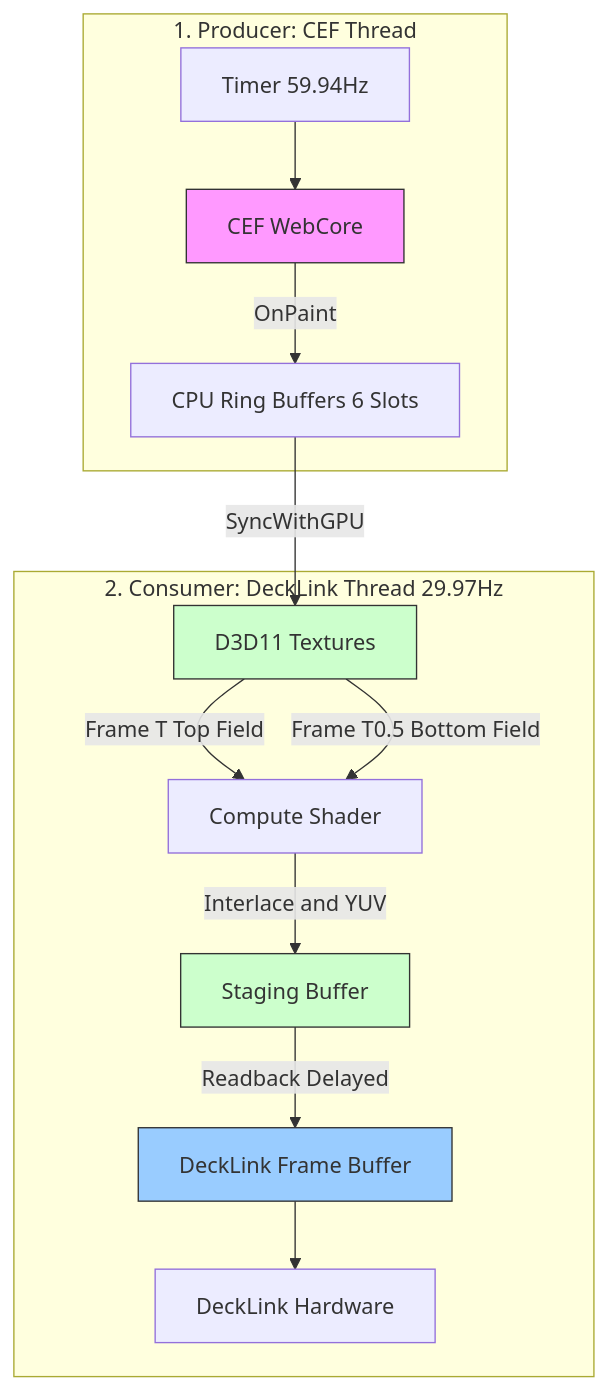
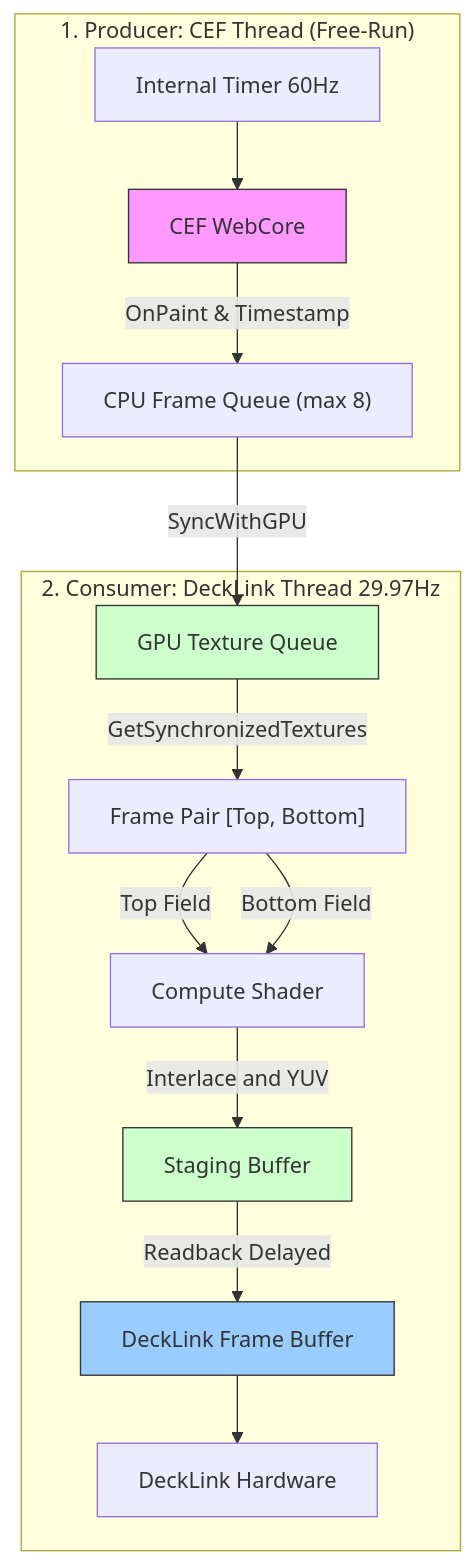
The diagram in docs/data_processing_flow.md (tanaka-ryuya/CEFDecklink), drawn with Mermaid before and after one commit. The commit also changed other lines of this file and 4 other files, not shown here.

Commit message:
Refactor CEF rendering to 60fps free-run, fix stutter on stop, and clean up TUI/Logs

````diff
--- a/docs/data_processing_flow.md
+++ b/docs/data_processing_flow.md
@@ -15,24 +15,25 @@
 ```mermaid
 graph TD
-    subgraph "1. Producer: CEF Thread"
-        TIMER["Timer 59.94Hz"] --> CEF["CEF WebCore"]
-        CEF -->|OnPaint| MAIN_MEM["CPU Ring Buffers 6 Slots"]
+    subgraph "1. Producer: CEF Thread (Free-Run)"
+        TIMER["Internal Timer 60Hz"] --> CEF["CEF WebCore"]
+        CEF -->|OnPaint & Timestamp| CPU_Q["CPU Frame Queue (max 8)"]
     end
 
     subgraph "2. Consumer: DeckLink Thread 29.97Hz"
-        MAIN_MEM -->|SyncWithGPU| TEX["D3D11 Textures"]
+        CPU_Q -->|SyncWithGPU| GPU_Q["GPU Texture Queue"]
+        GPU_Q -->|GetSynchronizedTextures| PAIR["Frame Pair [Top, Bottom]"]
         
-        TEX -->|Frame T Top Field| SHADER["Compute Shader"]
-        TEX -->|Frame T0.5 Bottom Field| SHADER
+        PAIR -->|Top Field| SHADER["Compute Shader"]
+        PAIR -->|Bottom Field| SHADER
         
         SHADER -->|Interlace and YUV| STAGING["Staging Buffer"]
         STAGING -->|Readback Delayed| DL_BUF["DeckLink Frame Buffer"]
         
         DL_BUF --> HW["DeckLink Hardware"]
     end
 
     style CEF fill:#f9f,stroke:#333
-    style TEX fill:#cfc,stroke:#333
+    style GPU_Q fill:#cfc,stroke:#333
     style STAGING fill:#cfc,stroke:#333
     style DL_BUF fill:#9cf,stroke:#333
 ```
````
